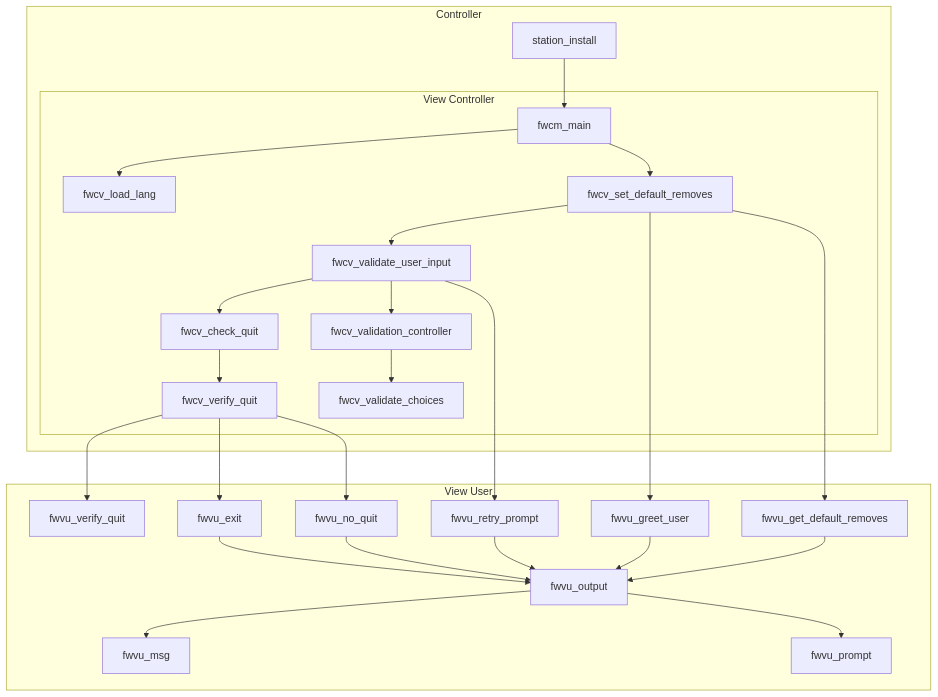
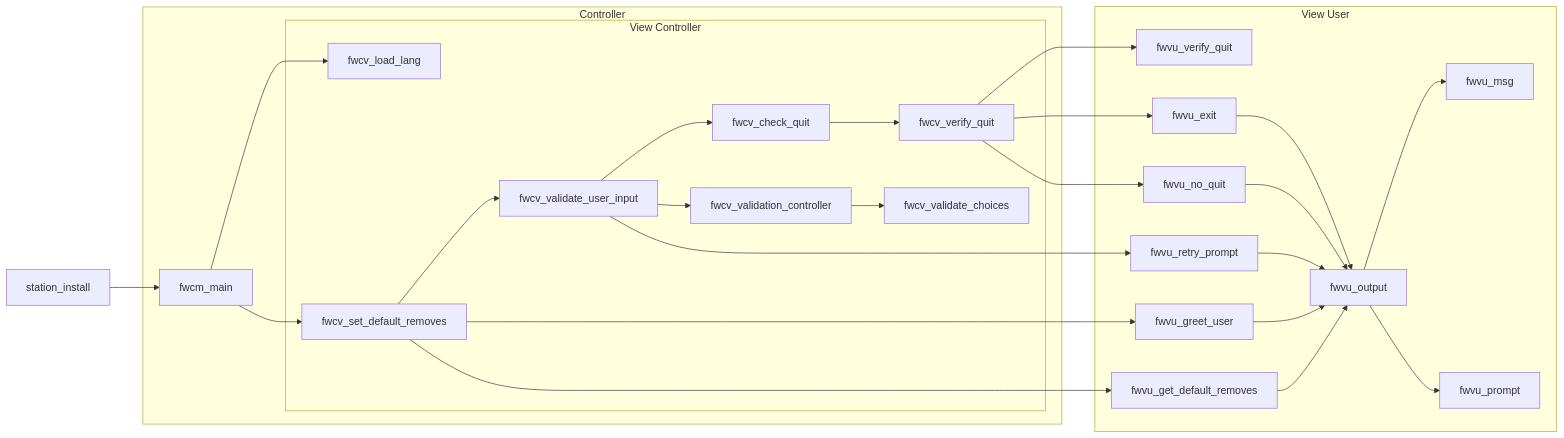
The diagram in app/docs/diagrams/code.md (afama8/terminal-workstation), drawn with Mermaid before and after one commit.

````diff
--- a/app/docs/diagrams/code.md
+++ b/app/docs/diagrams/code.md
@@ -1,30 +1,34 @@
 ```mermaid
-flowchart TD
+flowchart LR
+    A[station_install]
+    A --> B
     subgraph Controller
-    A[station_install] --> B[fwcm_main]
+    B[fwcm_main]
     subgraph View Controller
-    B --> C[fwcv_load_lang]
-    B --> D[fwcv_set_default_removes]
+    C[fwcv_load_lang]
+    D[fwcv_set_default_removes]
     D --> G[fwcv_validate_user_input]
     G --> H[fwcv_check_quit] 
     G --> I[fwcv_validation_controller] 
     I --> K[fwcv_validate_choices]
     H --> L[fwcv_verify_quit]
     end
+    B --> C
+    B --> D
     end
     subgraph View User
     D --> E[fwvu_greet_user] 
     D --> F[fwvu_get_default_removes]
     G --> J[fwvu_retry_prompt]
     L --> M[fwvu_verify_quit] 
     L --> N[fwvu_exit]
     L --> O[fwvu_no_quit]
     E --> P[fwvu_output]
     P --> Q[fwvu_msg] 
     P --> R[fwvu_prompt]
     end
     F --> P
     J --> P
     O --> P
     N --> P  
 ```
````
